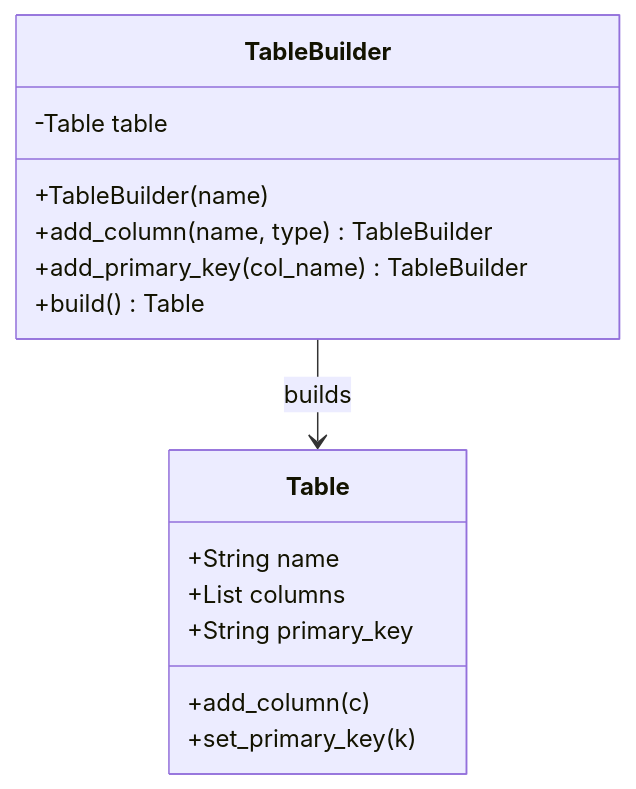
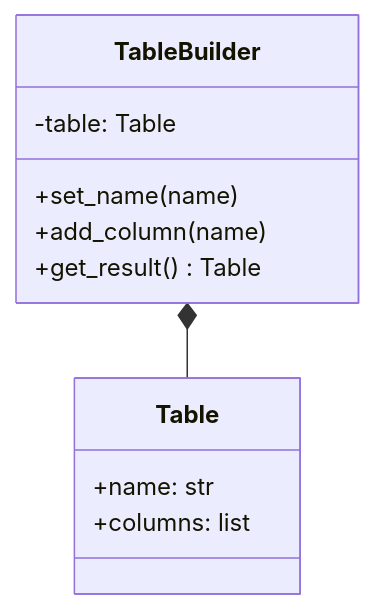
One commit to TamBui1706/DBMS changed the fifth of 20 diagrams in DPSuggest.md. Above: the diagram before and after it, drawn with Mermaid. The commit also changed other lines of this file, not shown here.

Commit message:
table Design Patterns

````diff
--- a/DPSuggest.md
+++ b/DPSuggest.md
@@ -323,20 +202,14 @@
 ```mermaid
 classDiagram
     class Table {
-        +String name
-        +List columns
-        +String primary_key
-        +add_column(c)
-        +set_primary_key(k)
+        +name: str
+        +columns: list
     }
-    
     class TableBuilder {
-        -Table table
-        +TableBuilder(name)
-        +add_column(name, type) TableBuilder
-        +add_primary_key(col_name) TableBuilder
-        +build() Table
+        -table: Table
+        +set_name(name)
+        +add_column(name)
+        +get_result() Table
     }
-
-    TableBuilder --> Table : builds
+    TableBuilder *-- Table
 ```
````
